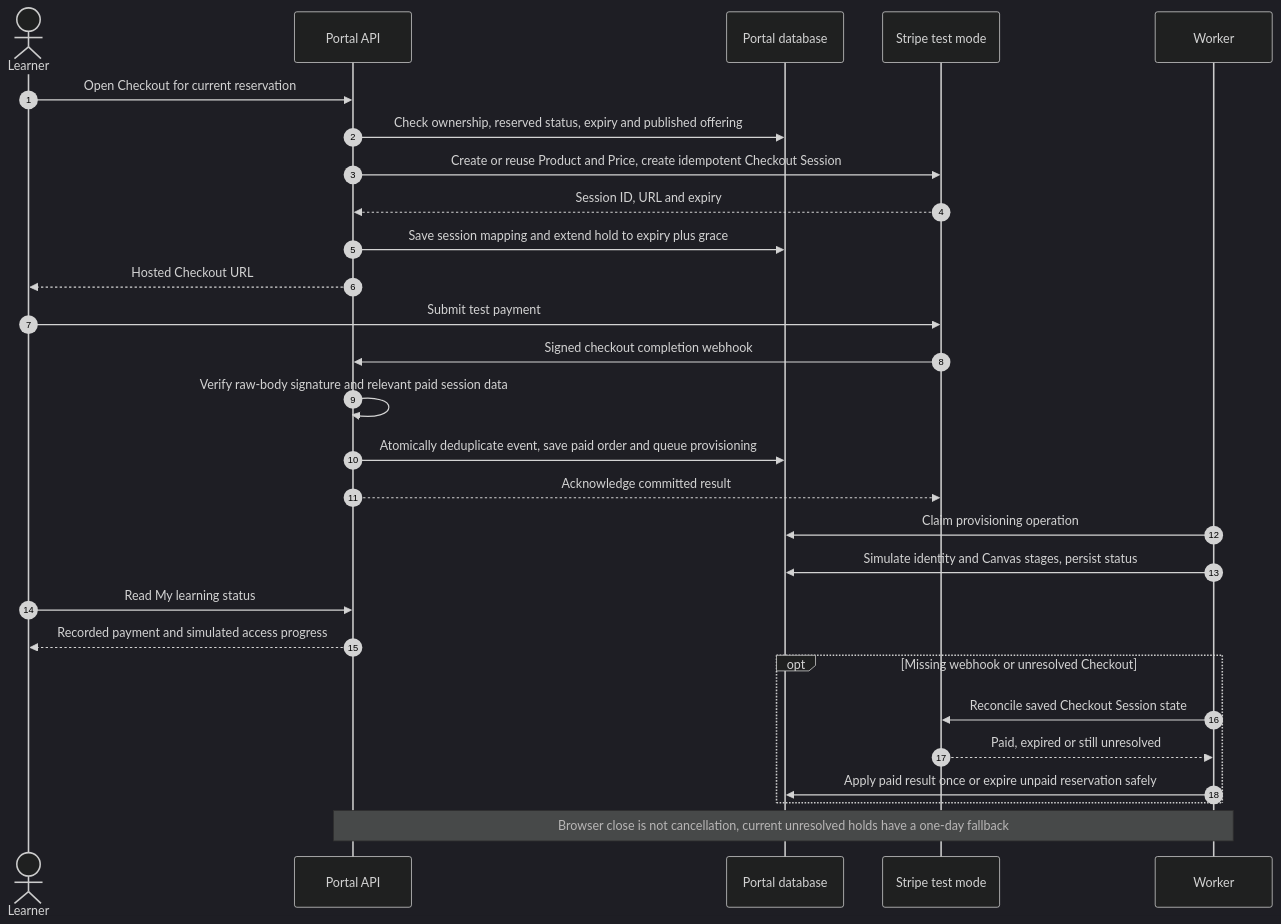
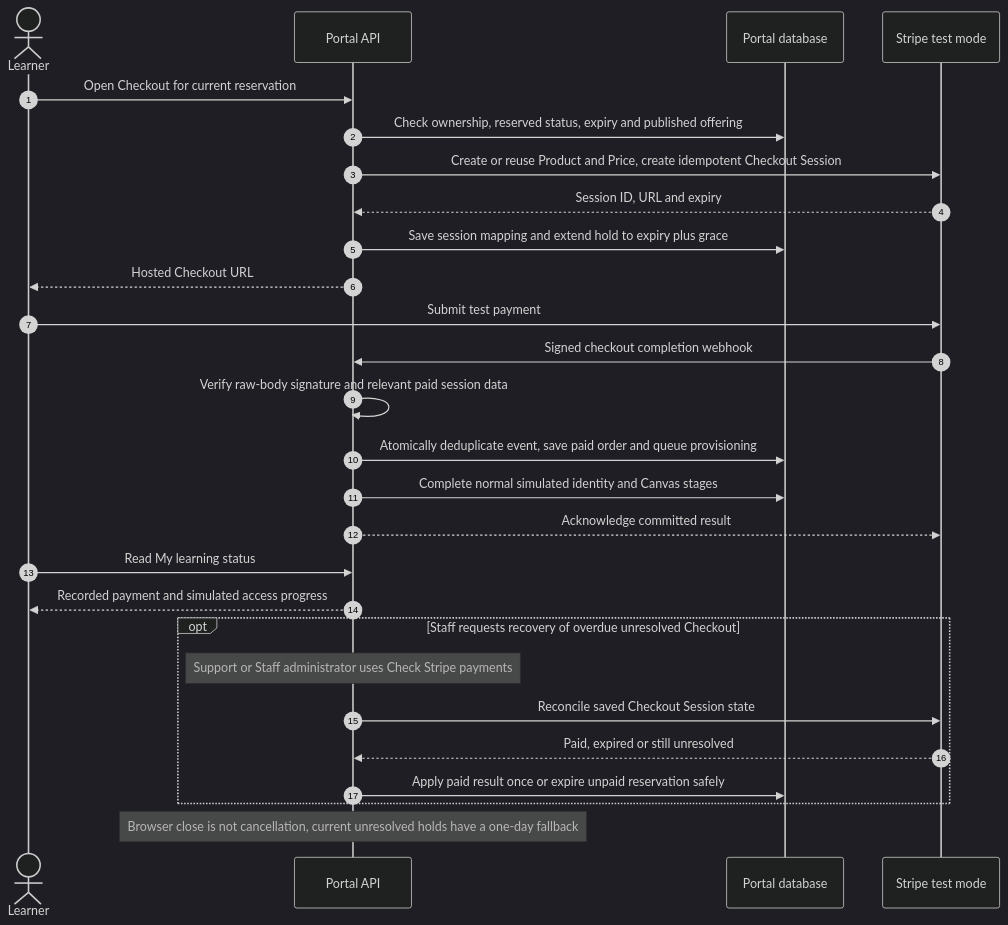
The eighth of 14 diagrams in docs/implementation-plan.md (dr-grizz/Continuing-Education), drawn with Mermaid (dark theme) before and after one commit. The commit also changed other lines of this file and 41 other files, not shown here.

````diff
--- a/docs/implementation-plan.md
+++ b/docs/implementation-plan.md
@@ -644,30 +635,29 @@
 ```mermaid
 sequenceDiagram
     autonumber
     actor Learner
     participant API as Portal API
     participant DB as Portal database
     participant Stripe as Stripe test mode
-    participant Worker
     Learner->>API: Open Checkout for current reservation
     API->>DB: Check ownership, reserved status, expiry and published offering
     API->>Stripe: Create or reuse Product and Price, create idempotent Checkout Session
     Stripe-->>API: Session ID, URL and expiry
     API->>DB: Save session mapping and extend hold to expiry plus grace
     API-->>Learner: Hosted Checkout URL
     Learner->>Stripe: Submit test payment
     Stripe->>API: Signed checkout completion webhook
     API->>API: Verify raw-body signature and relevant paid session data
     API->>DB: Atomically deduplicate event, save paid order and queue provisioning
+    API->>DB: Complete normal simulated identity and Canvas stages
     API-->>Stripe: Acknowledge committed result
-    Worker->>DB: Claim provisioning operation
-    Worker->>DB: Simulate identity and Canvas stages, persist status
     Learner->>API: Read My learning status
     API-->>Learner: Recorded payment and simulated access progress
-    opt Missing webhook or unresolved Checkout
-        Worker->>Stripe: Reconcile saved Checkout Session state
-        Stripe-->>Worker: Paid, expired or still unresolved
-        Worker->>DB: Apply paid result once or expire unpaid reservation safely
+    opt Staff requests recovery of overdue unresolved Checkout
+        Note over API: Support or Staff administrator uses Check Stripe payments
+        API->>Stripe: Reconcile saved Checkout Session state
+        Stripe-->>API: Paid, expired or still unresolved
+        API->>DB: Apply paid result once or expire unpaid reservation safely
     end
-    Note over API,Worker: Browser close is not cancellation, current unresolved holds have a one-day fallback
+    Note over API,API: Browser close is not cancellation, current unresolved holds have a one-day fallback
 ```
````
